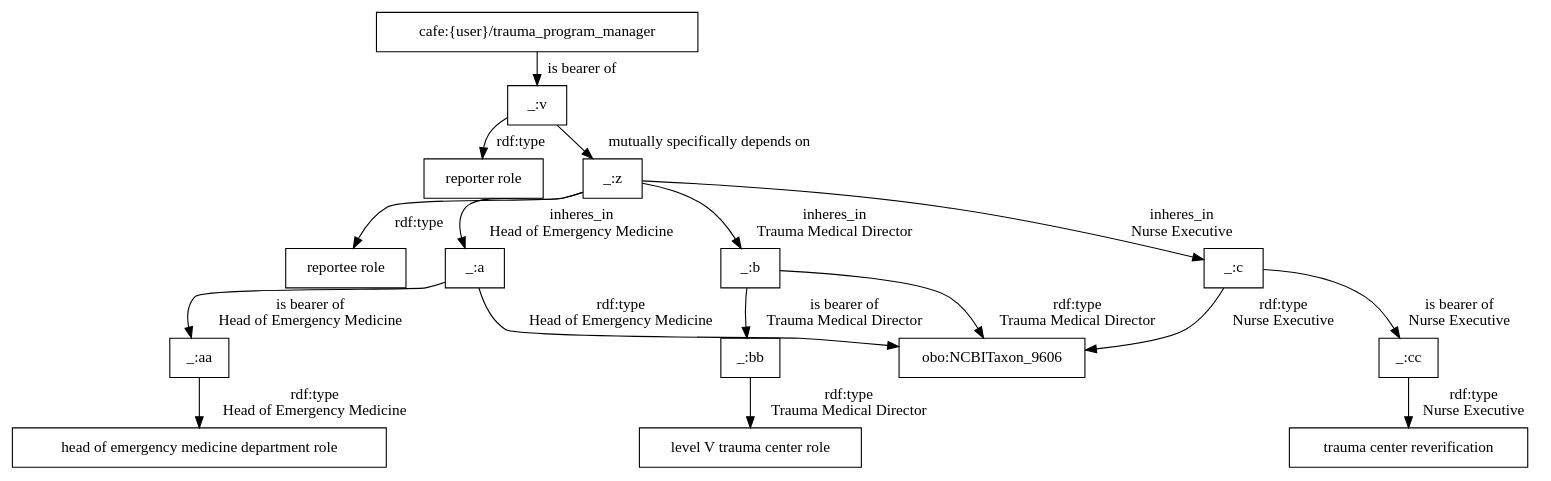
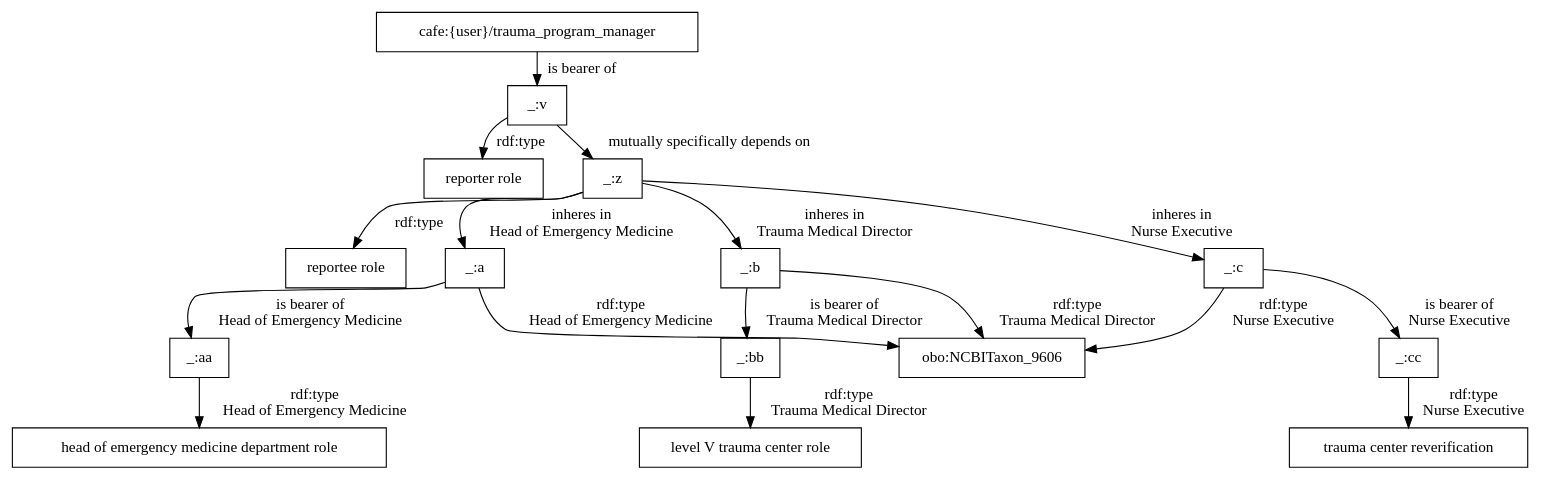
The diagram in cafe/graphs/31.dot (utecht/dideo-server), drawn with Graphviz before and after one commit. The commit also changed 9 other files, not shown here.

Commit message:
update generate graphs to remove fake predicates

```diff
--- a/cafe/graphs/31.dot
+++ b/cafe/graphs/31.dot
@@ -1,31 +1,31 @@
 digraph g { node [shape=rectangle];
 graph [splines=true, nodesep=.5, ranksep=0, overlap=false];
 "cafe:{user}/trauma_program_manager" -> "_:v" [label="is bearer of"]
 "_:v" -> "reporter role" [label="rdf:type"]
 "_:v" -> "_:z" [label="mutually specifically depends on"]
 "_:z" -> "reportee role" [label="rdf:type"]
 "_:a" -> "_:aa" [label="is bearer of
 Head of Emergency Medicine"]
 "_:a" -> "obo:NCBITaxon_9606" [label="rdf:type
 Head of Emergency Medicine"]
 "_:aa" -> "head of emergency medicine department role" [label="rdf:type
 Head of Emergency Medicine"]
 "_:bb" -> "level V trauma center role" [label="rdf:type
 Trauma Medical Director"]
 "_:cc" -> "trauma center reverification" [label="rdf:type
 Nurse Executive"]
 "_:b" -> "_:bb" [label="is bearer of
 Trauma Medical Director"]
 "_:c" -> "_:cc" [label="is bearer of
 Nurse Executive"]
 "_:b" -> "obo:NCBITaxon_9606" [label="rdf:type
 Trauma Medical Director"]
 "_:c" -> "obo:NCBITaxon_9606" [label="rdf:type
 Nurse Executive"]
-"_:z" -> "_:b" [label="inheres_in
+"_:z" -> "_:b" [label="inheres in
 Trauma Medical Director"]
-"_:z" -> "_:c" [label="inheres_in
+"_:z" -> "_:c" [label="inheres in
 Nurse Executive"]
-"_:z" -> "_:a" [label="inheres_in
+"_:z" -> "_:a" [label="inheres in
 Head of Emergency Medicine"]
 }
```
